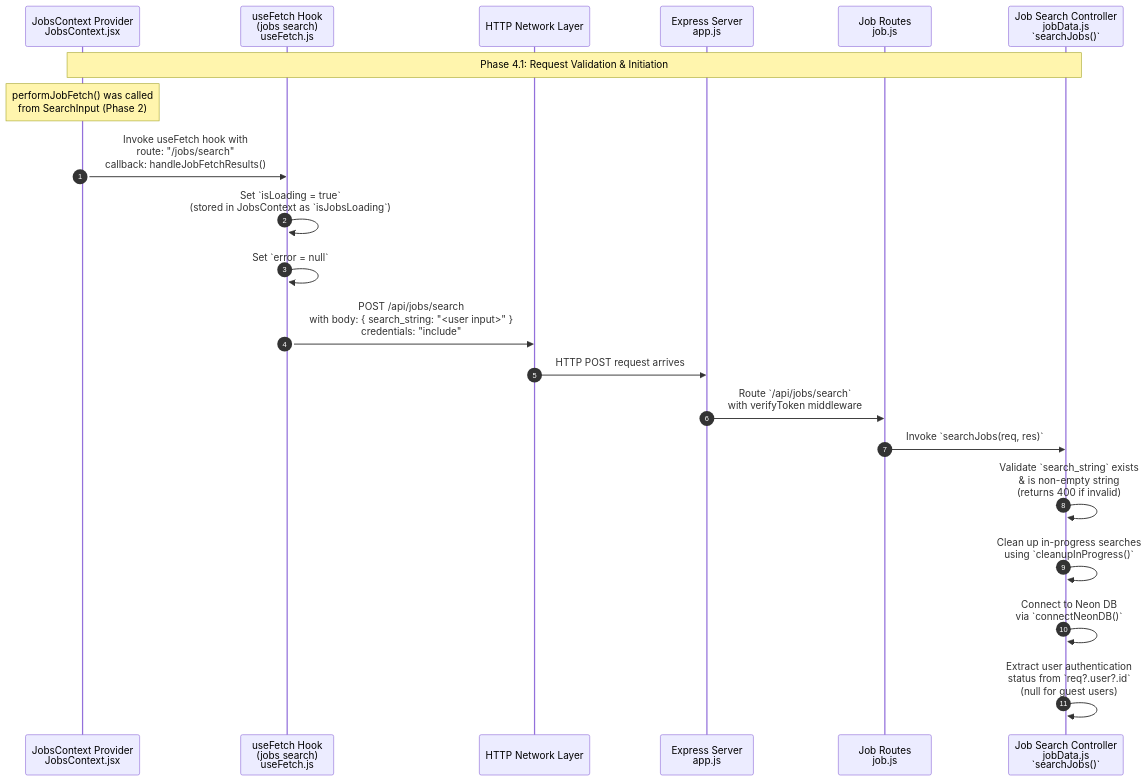
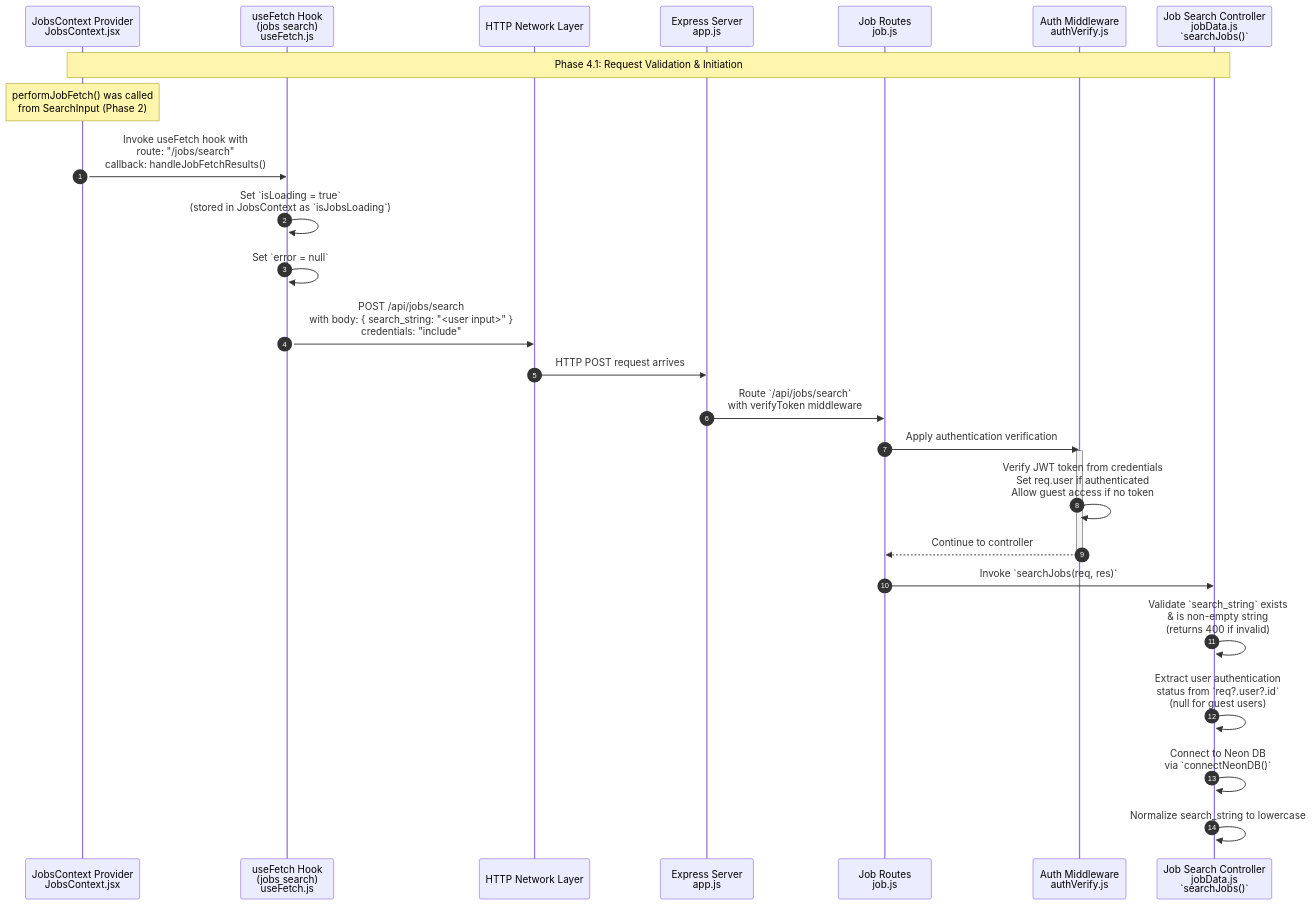
One commit to YahyaAl-Ademi/2025.10.23-JobCompass changed the diagram in documentation/jobFetch/4.1.Request Validation & Initiation.md. Above: the diagram before and after it, drawn with Mermaid. The commit also changed 5 other files, not shown here.

Commit message:
refactor: update job fetch documentation; enhance input validation flow, context state updates, and travel details fetching process

````diff
--- a/documentation/jobFetch/4.1.Request Validation & Initiation.md
+++ b/documentation/jobFetch/4.1.Request Validation & Initiation.md
@@ -8,37 +8,43 @@
 ```mermaid
 sequenceDiagram
     autonumber
     %% File paths:
     %% JobsContext: client/src/context/JobsContext.jsx
     %% useFetch: client/src/hooks/useFetch.js
     %% ExpressApp: server/src/app.js
     %% JobRouter: server/src/routes/job.js
     %% JobController: server/src/controllers/jobData.js
     participant JobsContext as JobsContext Provider<br/>JobsContext.jsx
     participant useFetch_1 as useFetch Hook<br/>(jobs search)<br/>useFetch.js
     participant FrontendNetwork as HTTP Network Layer
     participant ExpressApp as Express Server<br/>app.js
     participant JobRouter as Job Routes<br/>job.js
+    participant AuthMiddleware as Auth Middleware<br/>authVerify.js
     participant JobController as Job Search Controller<br/>jobData.js<br/>`searchJobs()`
 
     Note over JobsContext,JobController: Phase 4.1: Request Validation & Initiation
     Note over JobsContext: performJobFetch() was called<br/>from SearchInput (Phase 2)
     activate JobsContext
     JobsContext->>useFetch_1: Invoke useFetch hook with<br/>route: "/jobs/search"<br/>callback: handleJobFetchResults()
 
     activate useFetch_1
     useFetch_1->>useFetch_1: Set `isLoading = true`<br/>(stored in JobsContext as `isJobsLoading`)
     useFetch_1->>useFetch_1: Set `error = null`
     useFetch_1->>FrontendNetwork: POST /api/jobs/search<br/>with body: { search_string: "<user input>" }<br/>credentials: "include"
 
     FrontendNetwork->>ExpressApp: HTTP POST request arrives
     ExpressApp->>JobRouter: Route `/api/jobs/search`<br/>with verifyToken middleware
+    JobRouter->>AuthMiddleware: Apply authentication verification
+    activate AuthMiddleware
+    AuthMiddleware->>AuthMiddleware: Verify JWT token from credentials<br/>Set req.user if authenticated<br/>Allow guest access if no token
+    AuthMiddleware-->>JobRouter: Continue to controller
+    deactivate AuthMiddleware
 
     JobRouter->>JobController: Invoke `searchJobs(req, res)`
 
     activate JobController
     JobController->>JobController: Validate `search_string` exists<br/>& is non-empty string<br/>(returns 400 if invalid)
-    JobController->>JobController: Clean up in-progress searches<br/>using `cleanupInProgress()`
+    JobController->>JobController: Extract user authentication<br/>status from `req?.user?.id`<br/>(null for guest users)
     JobController->>JobController: Connect to Neon DB<br/>via `connectNeonDB()`
-    JobController->>JobController: Extract user authentication<br/>status from `req?.user?.id`<br/>(null for guest users)
+    JobController->>JobController: Normalize search_string to lowercase
 ```
````
